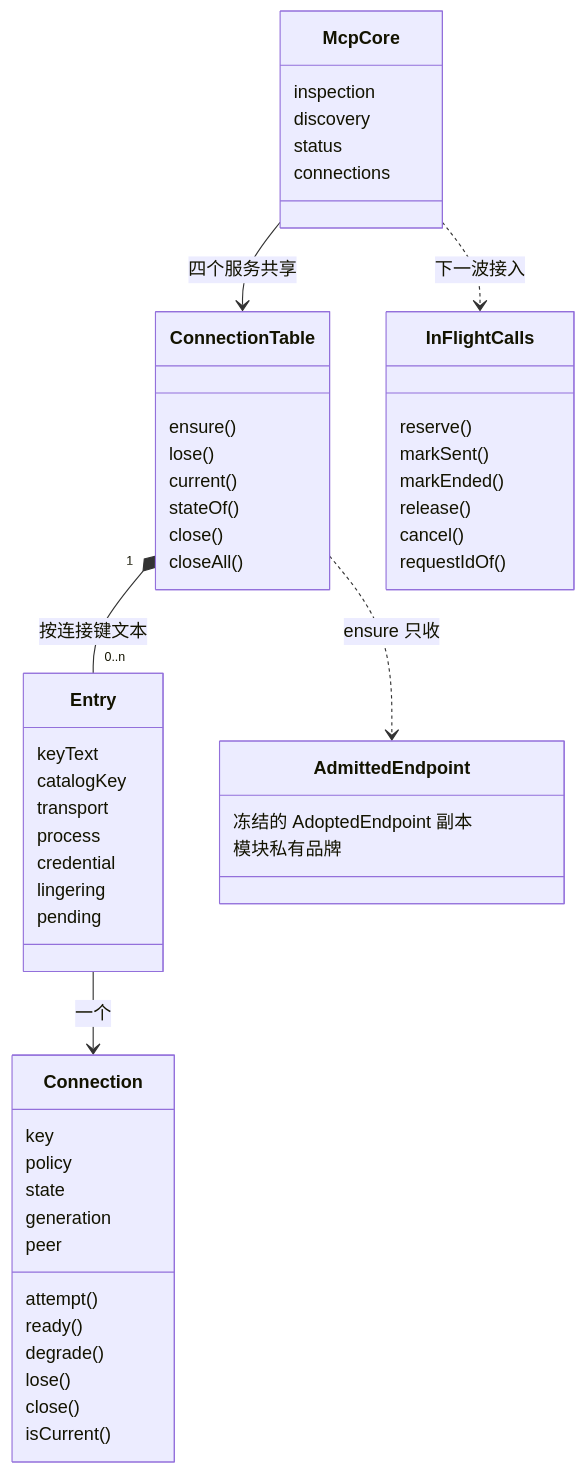
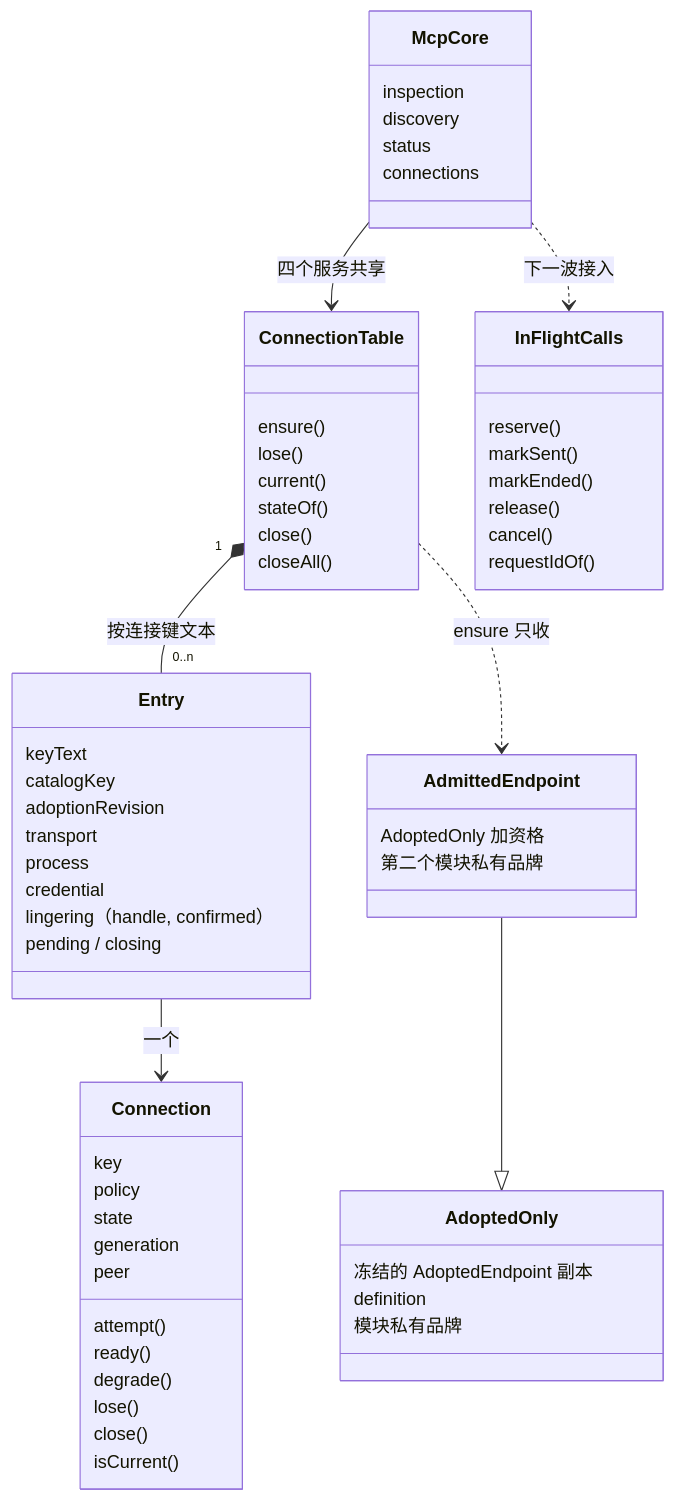
Before and after one commit to nemori-ai/omne-harness-lite: the diagram in packages/mcp/mcp/docs/object-model.md, drawn with Mermaid. The commit also changed other lines of this file and 9 other files, not shown here.

````diff
--- a/packages/mcp/mcp/docs/object-model.md
+++ b/packages/mcp/mcp/docs/object-model.md
@@ -7,56 +7,63 @@
 ```mermaid
 classDiagram
     class McpCore {
         inspection
         discovery
         status
         connections
     }
     class ConnectionTable {
         ensure()
         lose()
         current()
         stateOf()
         close()
         closeAll()
     }
     class Entry {
         keyText
         catalogKey
+        adoptionRevision
         transport
         process
         credential
-        lingering
-        pending
+        lingering（handle, confirmed）
+        pending / closing
     }
     class Connection {
         key
         policy
         state
         generation
         peer
         attempt()
         ready()
         degrade()
         lose()
         close()
         isCurrent()
     }
     class InFlightCalls {
         reserve()
         markSent()
         markEnded()
         release()
         cancel()
         requestIdOf()
     }
-    class AdmittedEndpoint {
+    class AdoptedOnly {
         冻结的 AdoptedEndpoint 副本
+        definition
         模块私有品牌
     }
+    class AdmittedEndpoint {
+        AdoptedOnly 加资格
+        第二个模块私有品牌
+    }
+    AdmittedEndpoint --|> AdoptedOnly
     McpCore --> ConnectionTable : 四个服务共享
     ConnectionTable "1" *-- "0..n" Entry : 按连接键文本
     Entry --> Connection : 一个
     ConnectionTable ..> AdmittedEndpoint : ensure 只收
     McpCore ..> InFlightCalls : 下一波接入
 ```
````
